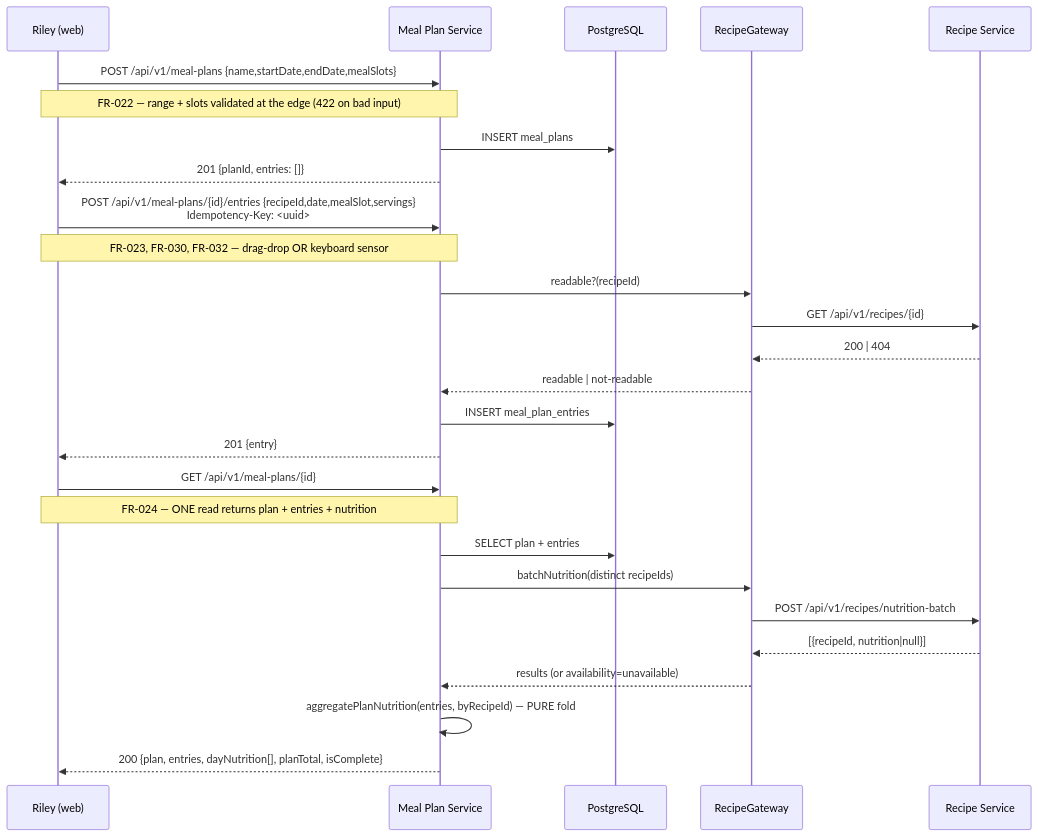
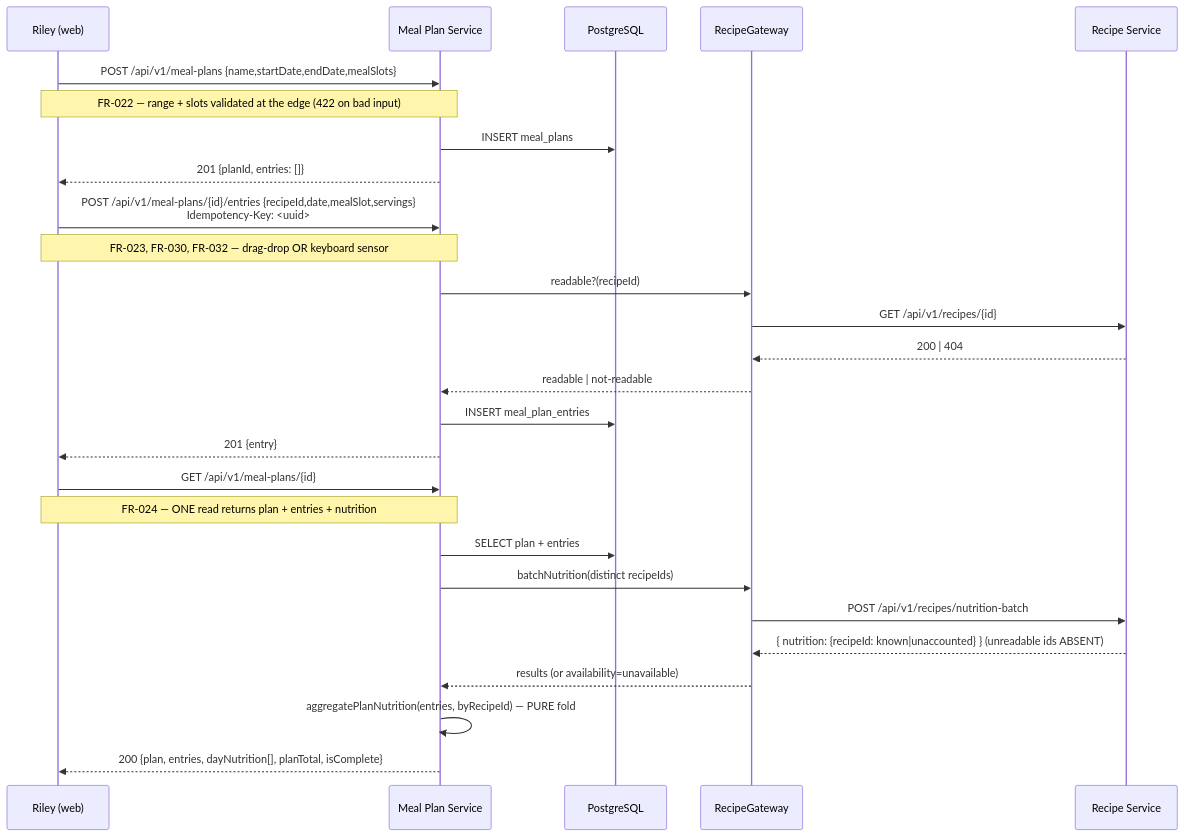
The first of 6 diagrams in specs/006-meal-planning/product-spec/user-journey.md (radicle-co/KitchenSink), drawn with Mermaid before and after one commit. The commit also changed 4 other files, not shown here.

````diff
--- a/specs/006-meal-planning/product-spec/user-journey.md
+++ b/specs/006-meal-planning/product-spec/user-journey.md
@@ -30,32 +30,32 @@
 ```mermaid
 sequenceDiagram
     participant U as Riley (web)
     participant API as Meal Plan Service
     participant DB as PostgreSQL
     participant RG as RecipeGateway
     participant RS as Recipe Service
 
     U->>API: POST /api/v1/meal-plans {name,startDate,endDate,mealSlots}
     Note over U,API: FR-022 — range + slots validated at the edge (422 on bad input)
     API->>DB: INSERT meal_plans
     API-->>U: 201 {planId, entries: []}
 
     U->>API: POST /api/v1/meal-plans/{id}/entries {recipeId,date,mealSlot,servings}<br/>Idempotency-Key: <uuid>
     Note over U,API: FR-023, FR-030, FR-032 — drag-drop OR keyboard sensor
     API->>RG: readable?(recipeId)
     RG->>RS: GET /api/v1/recipes/{id}
     RS-->>RG: 200 | 404
     RG-->>API: readable | not-readable
     API->>DB: INSERT meal_plan_entries
     API-->>U: 201 {entry}
 
     U->>API: GET /api/v1/meal-plans/{id}
     Note over U,API: FR-024 — ONE read returns plan + entries + nutrition
     API->>DB: SELECT plan + entries
     API->>RG: batchNutrition(distinct recipeIds)
     RG->>RS: POST /api/v1/recipes/nutrition-batch
-    RS-->>RG: [{recipeId, nutrition|null}]
+    RS-->>RG: { nutrition: {recipeId: known|unaccounted} }  (unreadable ids ABSENT)
     RG-->>API: results (or availability=unavailable)
     API->>API: aggregatePlanNutrition(entries, byRecipeId) — PURE fold
     API-->>U: 200 {plan, entries, dayNutrition[], planTotal, isComplete}
 ```
````
